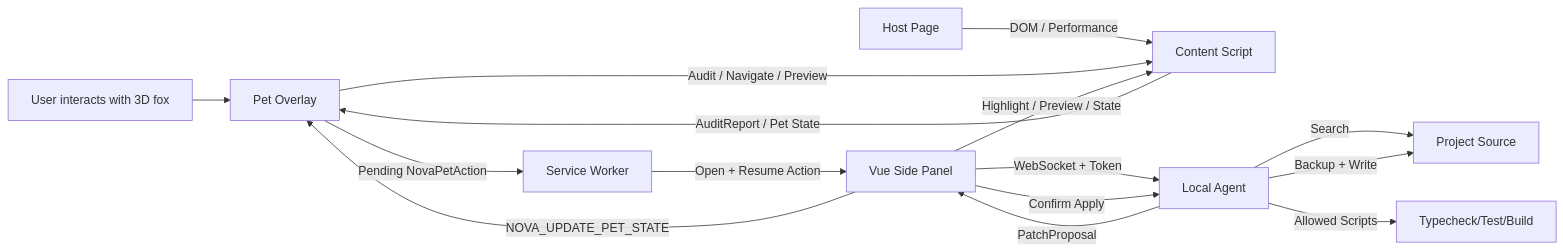
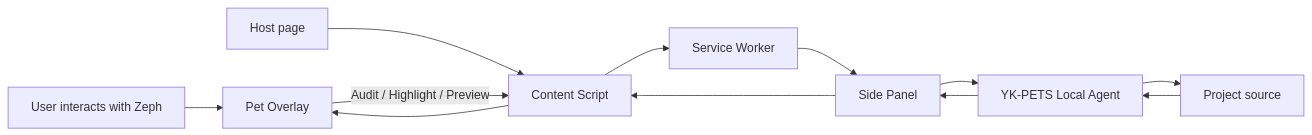
The diagram in docs/en/ARCHITECTURE.md (yokry-he/yk-pets), drawn with Mermaid before and after one commit. The commit also changed other lines of this file, not shown here.

Commit message:
docs: update YK-PETS architecture in English

````diff
--- a/docs/en/ARCHITECTURE.md
+++ b/docs/en/ARCHITECTURE.md
@@ -198,17 +170,14 @@
 ```mermaid
 flowchart LR
-  User[User interacts with 3D fox] --> Pet[Pet Overlay]
-  Page[Host Page] -->|DOM / Performance| Content[Content Script]
-  Pet -->|Audit / Navigate / Preview| Content
-  Content -->|AuditReport / Pet State| Pet
-  Pet -->|Pending NovaPetAction| Background[Service Worker]
-  Background -->|Open + Resume Action| Side[Vue Side Panel]
-  Side -->|Highlight / Preview / State| Content
-  Side -->|WebSocket + Token| Agent[Local Agent]
-  Agent -->|Search| Source[Project Source]
-  Agent -->|PatchProposal| Side
-  Side -->|Confirm Apply| Agent
-  Agent -->|Backup + Write| Source
-  Agent -->|Allowed Scripts| Checks[Typecheck/Test/Build]
-  Side -->|NOVA_UPDATE_PET_STATE| Pet
+  User[User interacts with Zeph] --> Pet[Pet Overlay]
+  Page[Host page] --> Content[Content Script]
+  Pet -->|Audit / Highlight / Preview| Content
+  Content --> Background[Service Worker]
+  Background --> Side[Side Panel]
+  Side --> Agent[YK-PETS Local Agent]
+  Agent --> Source[Project source]
+  Source --> Agent
+  Agent --> Side
+  Side --> Content
+  Content --> Pet
 ```
````
